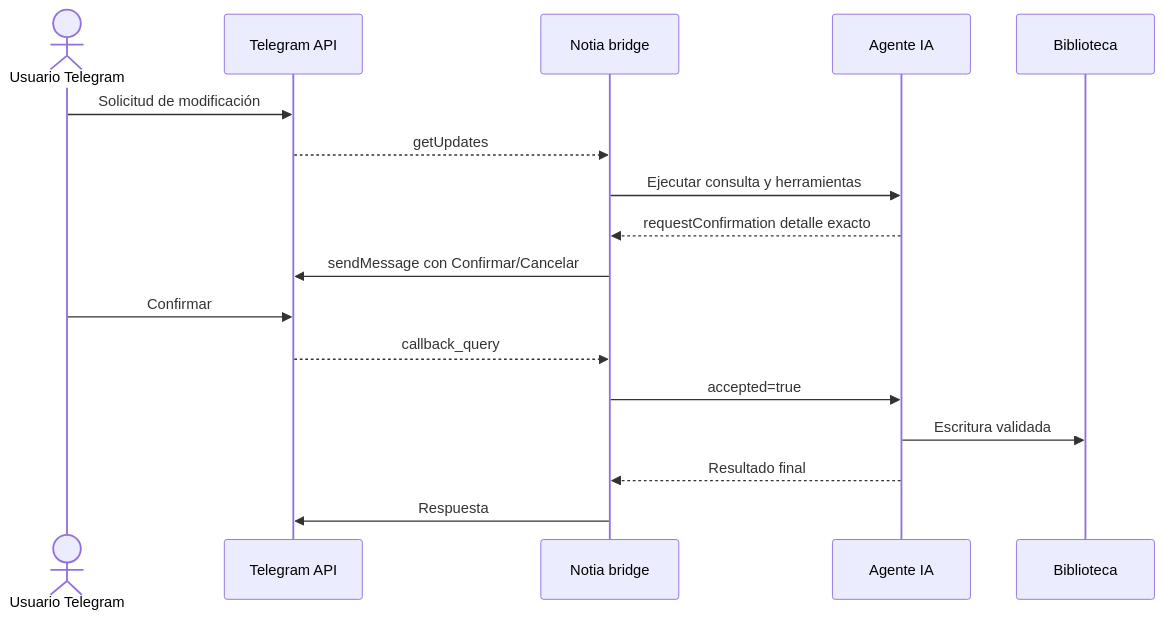
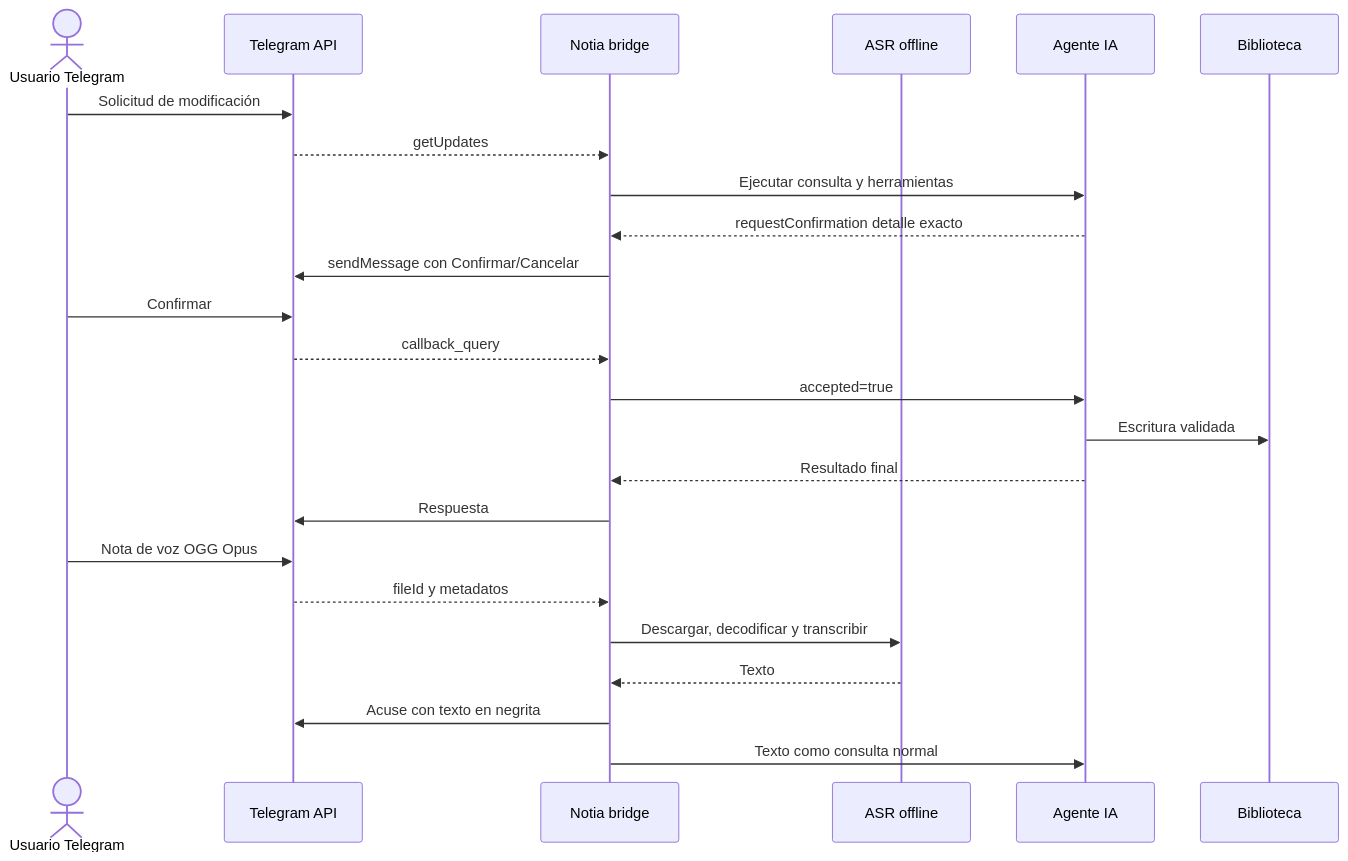
Diagram 55 of 55 in README-TECH.md (GabrielMiuzzi/notia), drawn with Mermaid before and after one commit. The commit also changed other lines of this file and 37 other files, not shown here.

Commit message:
feat: add offline speech transcription

````diff
--- a/README-TECH.md
+++ b/README-TECH.md
@@ -3328,19 +3402,26 @@
 ```mermaid
 sequenceDiagram
     actor User as Usuario Telegram
     participant TG as Telegram API
     participant Bridge as Notia bridge
+    participant Speech as ASR offline
     participant Agent as Agente IA
     participant FS as Biblioteca
     User->>TG: Solicitud de modificación
     TG-->>Bridge: getUpdates
     Bridge->>Agent: Ejecutar consulta y herramientas
     Agent-->>Bridge: requestConfirmation detalle exacto
     Bridge->>TG: sendMessage con Confirmar/Cancelar
     User->>TG: Confirmar
     TG-->>Bridge: callback_query
     Bridge->>Agent: accepted=true
     Agent->>FS: Escritura validada
     Agent-->>Bridge: Resultado final
     Bridge->>TG: Respuesta
+    User->>TG: Nota de voz OGG Opus
+    TG-->>Bridge: fileId y metadatos
+    Bridge->>Speech: Descargar, decodificar y transcribir
+    Speech-->>Bridge: Texto
+    Bridge->>TG: Acuse con texto en negrita
+    Bridge->>Agent: Texto como consulta normal
 ```
````
